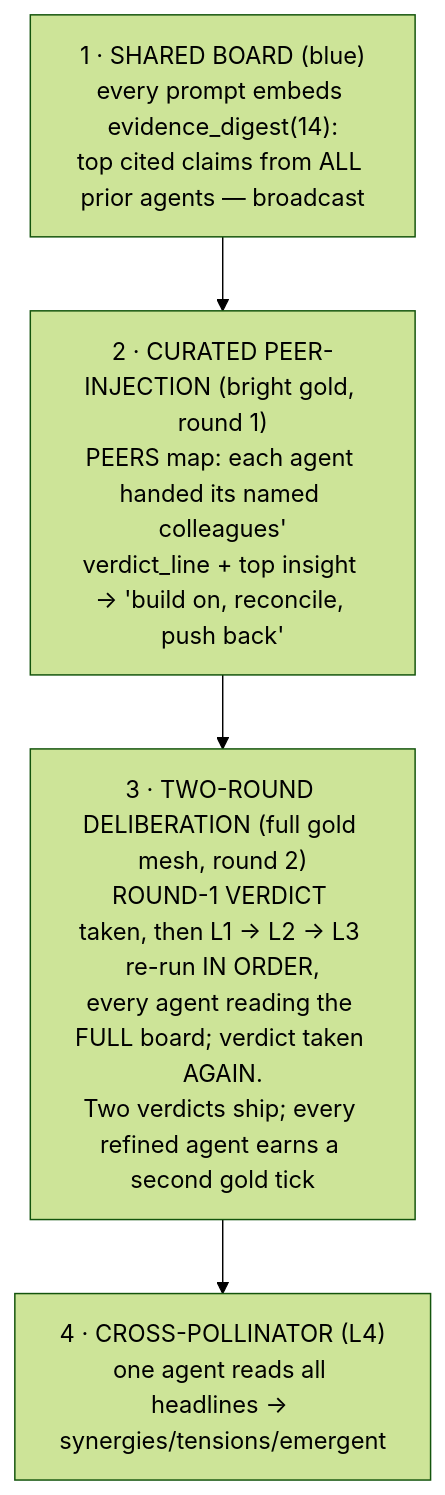
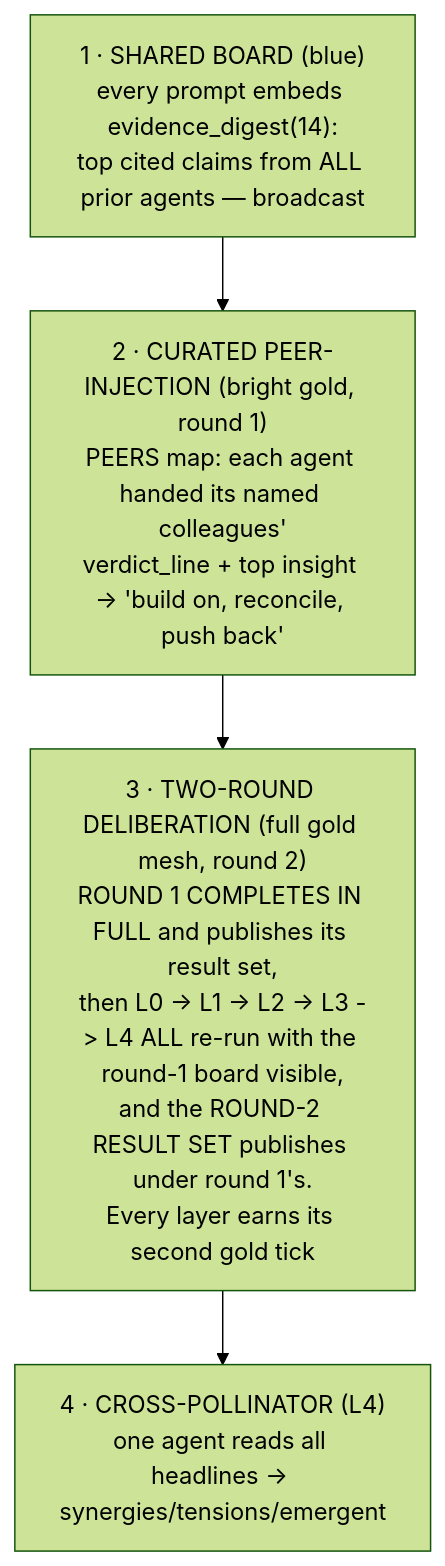
Before and after one commit to Srujan29112001/EIP: the third of 11 diagrams in docs/PROJECT_DOCUMENTATION.md, drawn with Mermaid (forest theme). The commit also changed other lines of this file and 18 other files, not shown here.

````diff
--- a/docs/PROJECT_DOCUMENTATION.md
+++ b/docs/PROJECT_DOCUMENTATION.md
@@ -180,8 +180,8 @@
 ```mermaid
 flowchart TB
     m1["1 · SHARED BOARD (blue)<br/>every prompt embeds evidence_digest(14):<br/>top cited claims from ALL prior agents — broadcast"]
     m2["2 · CURATED PEER-INJECTION (bright gold, round 1)<br/>PEERS map: each agent handed its named colleagues'<br/>verdict_line + top insight → 'build on, reconcile, push back'"]
-    m3["3 · TWO-ROUND DELIBERATION (full gold mesh, round 2)<br/>ROUND-1 VERDICT taken, then L1 -> L2 -> L3 re-run IN ORDER,<br/>every agent reading the FULL board; verdict taken AGAIN.<br/>Two verdicts ship; every refined agent earns a second gold tick"]
+    m3["3 · TWO-ROUND DELIBERATION (full gold mesh, round 2)<br/>ROUND 1 COMPLETES IN FULL and publishes its result set,<br/>then L0 -> L1 -> L2 -> L3 -> L4 ALL re-run with the round-1 board visible,<br/>and the ROUND-2 RESULT SET publishes under round 1's.<br/>Every layer earns its second gold tick"]
     m4["4 · CROSS-POLLINATOR (L4)<br/>one agent reads all headlines → synergies/tensions/emergent"]
     m1-->m2-->m3-->m4
 ```
````
